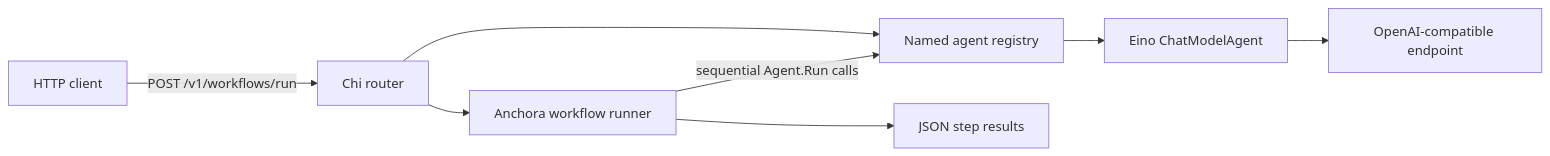
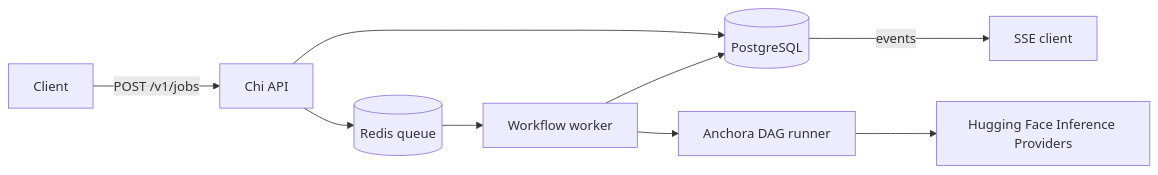
The diagram in README.md (sagnikc395/anchora), drawn with Mermaid before and after one commit. The commit also changed other lines of this file and 15 other files, not shown here.

Commit message:
async flow

````diff
--- a/README.md
+++ b/README.md
@@ -20,10 +17,11 @@
 ```mermaid
 flowchart LR
-    Client[HTTP client] -->|POST /v1/workflows/run| Router[Chi router]
-    Router --> Registry[Named agent registry]
-    Registry --> Eino[Eino ChatModelAgent]
-    Eino --> Model[OpenAI-compatible endpoint]
-    Router --> Workflow[Anchora workflow runner]
-    Workflow -->|sequential Agent.Run calls| Registry
-    Workflow --> Result[JSON step results]
+    Client -->|POST /v1/jobs| API[Chi API]
+    API --> PG[(PostgreSQL)]
+    API --> Redis[(Redis queue)]
+    Redis --> Worker[Workflow worker]
+    Worker --> DAG[Anchora DAG runner]
+    DAG --> HF[Hugging Face Inference Providers]
+    Worker --> PG
+    PG -->|events| SSE[SSE client]
 ```
````
